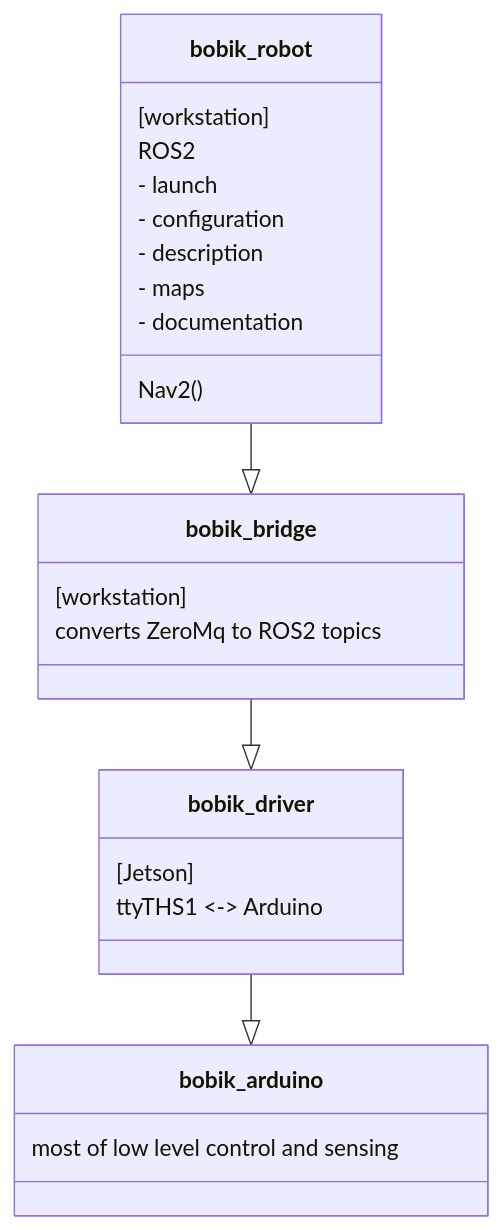
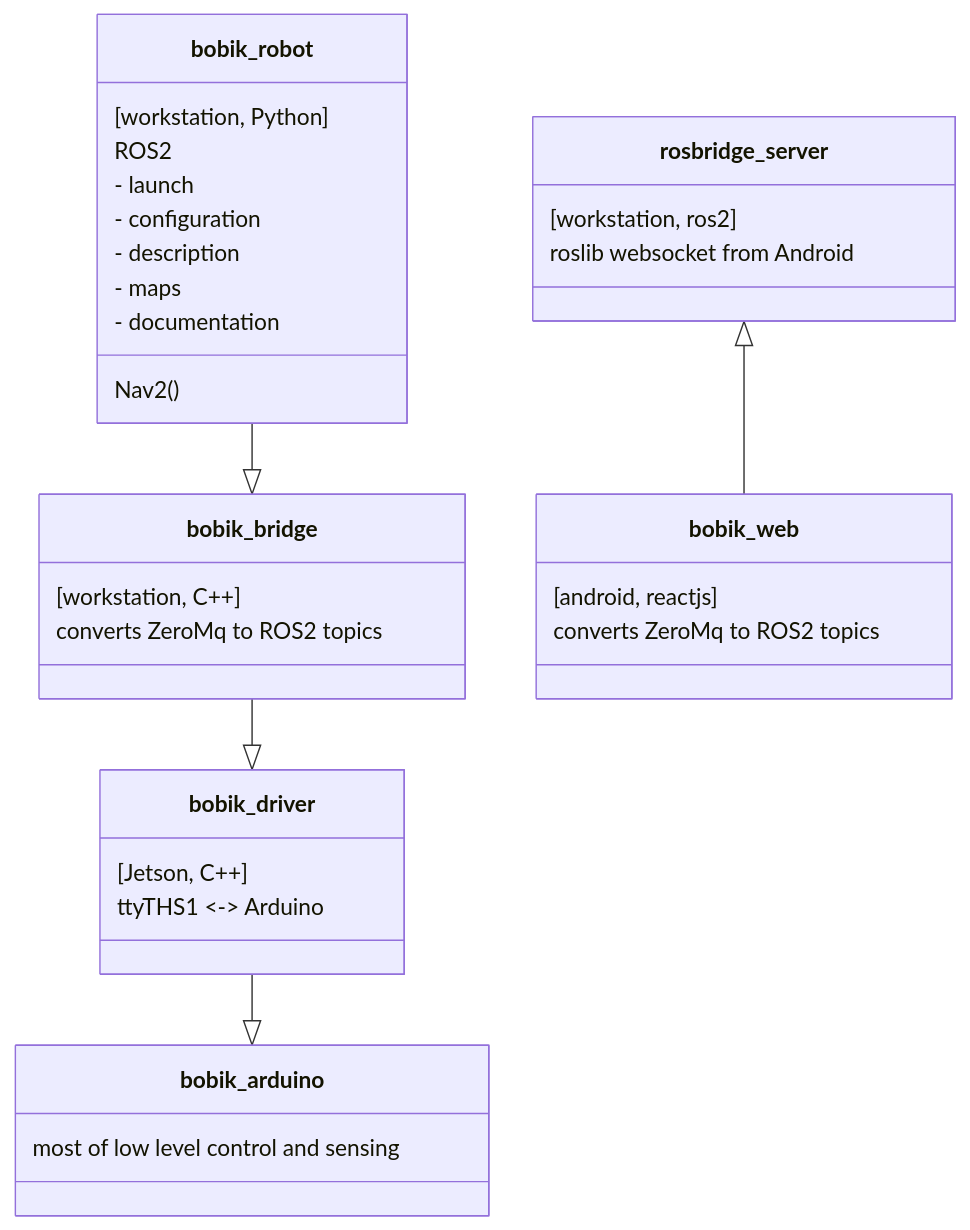
The diagram in README.md (slesinger/bobik_robot), drawn with Mermaid before and after one commit.

````diff
--- a/README.md
+++ b/README.md
@@ -11,30 +11,41 @@
 ```mermaid
 classDiagram
     bobik_robot --|> bobik_bridge
     bobik_bridge --|> bobik_driver
     bobik_driver --|> bobik_arduino
+    rosbridge_server <|-- bobik_web
 
     class bobik_robot {
-        [workstation]
+        [workstation, Python]
         ROS2
         - launch
         - configuration
         - description
         - maps
         - documentation
         Nav2()
     }
     class bobik_bridge {
-        [workstation]
+        [workstation, C++]
         converts ZeroMq to ROS2 topics
     }
     class bobik_driver {
-        [Jetson]
+        [Jetson, C++]
         ttyTHS1 <-> Arduino
     }
     class bobik_arduino {
         most of low level control and sensing
     }
 
+    class rosbridge_server {
+        [workstation, ros2]
+        roslib websocket from Android
+    }
+    class bobik_web {
+        [android, reactjs]
+        converts ZeroMq to ROS2 topics
+    }
+
+
 
 ```
````
